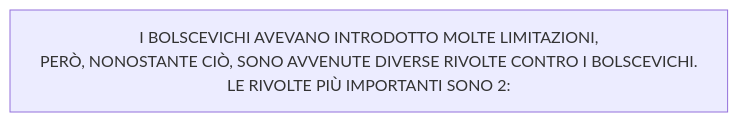
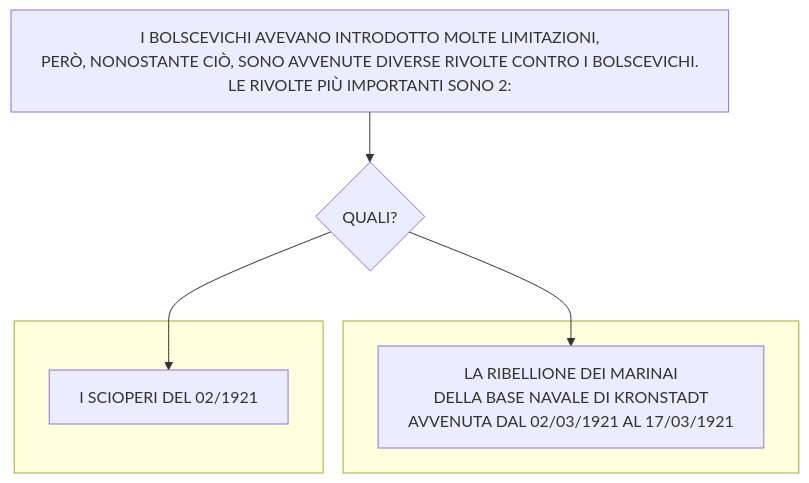
Diagram 15 of 15 in stalinismoRiscrittura.md (Laaouatni/ricerca-storia-MermaidJS), drawn with Mermaid before and after one commit.

````diff
--- a/stalinismoRiscrittura.md
+++ b/stalinismoRiscrittura.md
@@ -302,5 +302,13 @@
 ```mermaid
 %%{init: { "flowchart": { "wrappingWidth": 800 } }}%%
 flowchart TB
   0[I BOLSCEVICHI AVEVANO INTRODOTTO MOLTE LIMITAZIONI, <BR> PERÒ, NONOSTANTE CIÒ, SONO AVVENUTE DIVERSE RIVOLTE CONTRO I BOLSCEVICHI. <BR>LE RIVOLTE PIÙ IMPORTANTI SONO 2:]
+  3{QUALI?}
+  subgraph 10[" "]
+    1[I SCIOPERI DEL 02/1921]
+  end
+  subgraph 20[" "]
+    2[LA RIBELLIONE DEI MARINAI <br> DELLA BASE NAVALE DI KRONSTADT <br>AVVENUTA DAL 02/03/1921 AL 17/03/1921]
+  end
+  0 --> 3 --> 1 & 2
 ```
````
